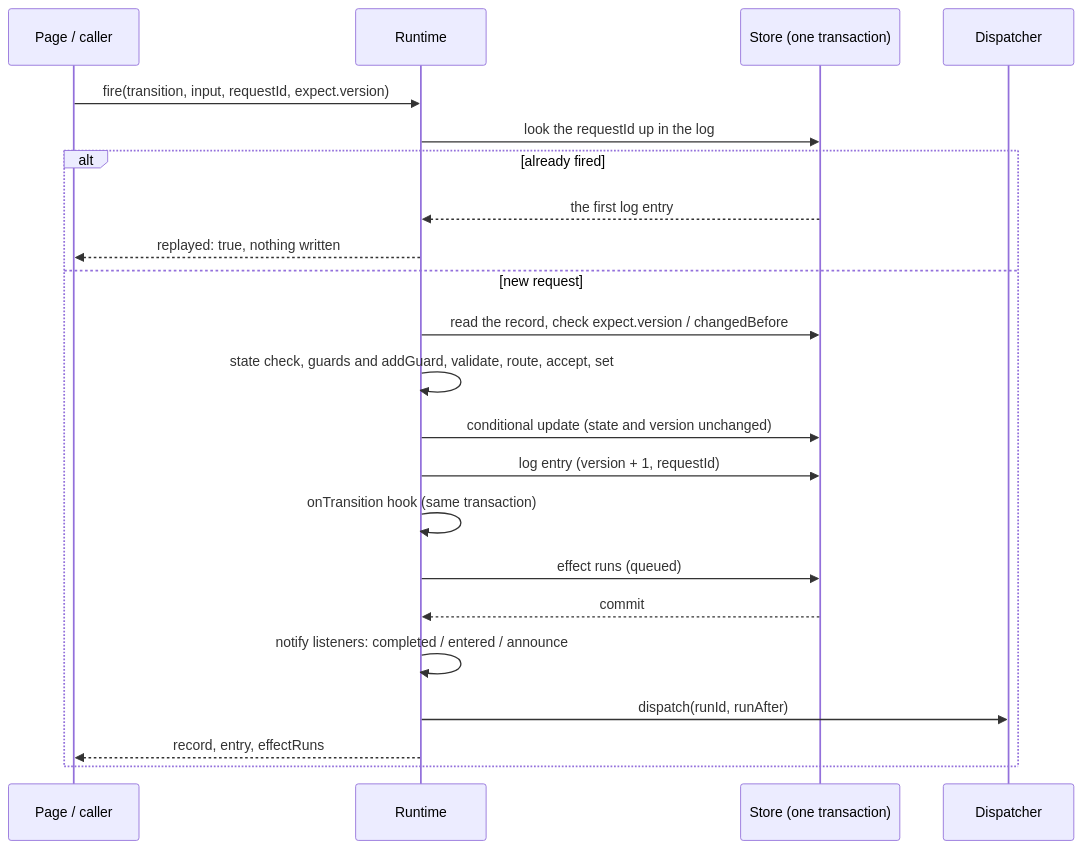
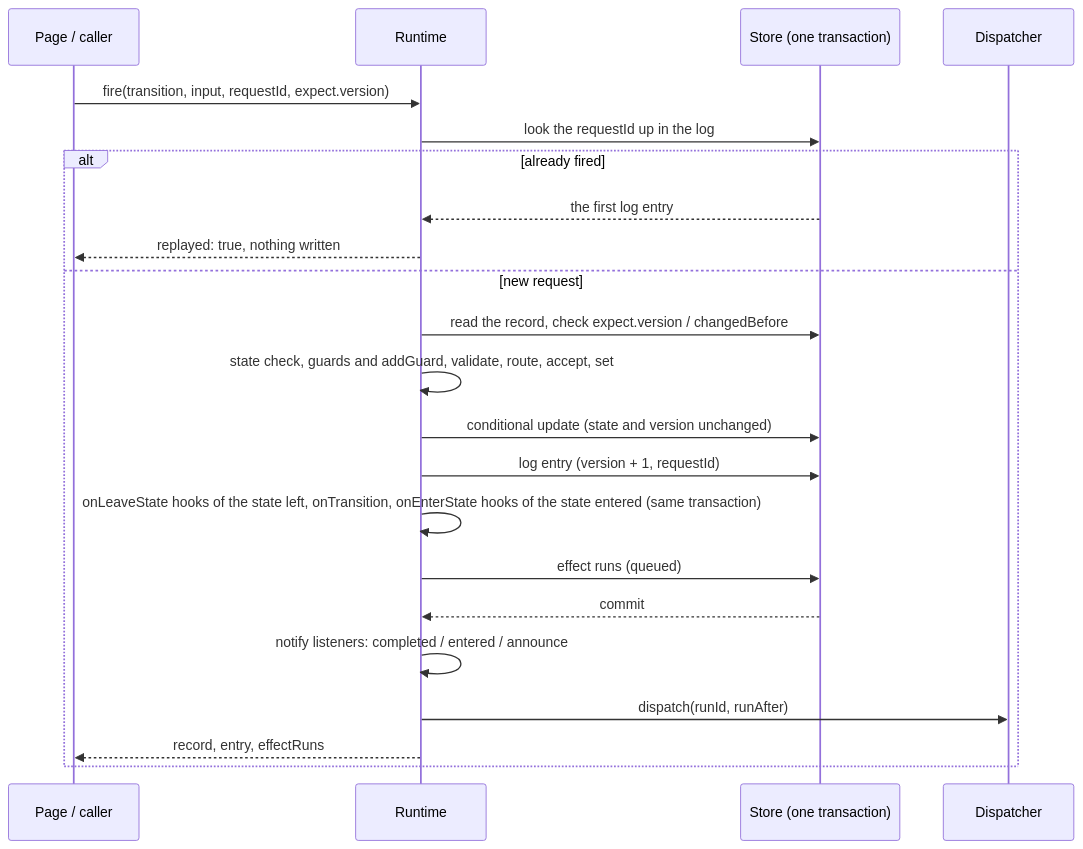
The first of 2 diagrams in packages/libs/lifecycle/docs/design.md (nocobase/nocobase3), drawn with Mermaid before and after one commit. The commit also changed other lines of this file and 239 other files, not shown here.

````diff
--- a/packages/libs/lifecycle/docs/design.md
+++ b/packages/libs/lifecycle/docs/design.md
@@ -20,24 +20,24 @@
 ```mermaid
 sequenceDiagram
   participant P as Page / caller
   participant R as Runtime
   participant DB as Store (one transaction)
   participant D as Dispatcher
   P->>R: fire(transition, input, requestId, expect.version)
   R->>DB: look the requestId up in the log
   alt already fired
     DB-->>R: the first log entry
     R-->>P: replayed: true, nothing written
   else new request
     R->>DB: read the record, check expect.version / changedBefore
     R->>R: state check, guards and addGuard, validate, route, accept, set
     R->>DB: conditional update (state and version unchanged)
     R->>DB: log entry (version + 1, requestId)
-    R->>R: onTransition hook (same transaction)
+    R->>R: onLeaveState hooks of the state left, onTransition, onEnterState hooks of the state entered (same transaction)
     R->>DB: effect runs (queued)
     DB-->>R: commit
     R->>R: notify listeners: completed / entered / announce
     R->>D: dispatch(runId, runAfter)
     R-->>P: record, entry, effectRuns
   end
 ```
````
